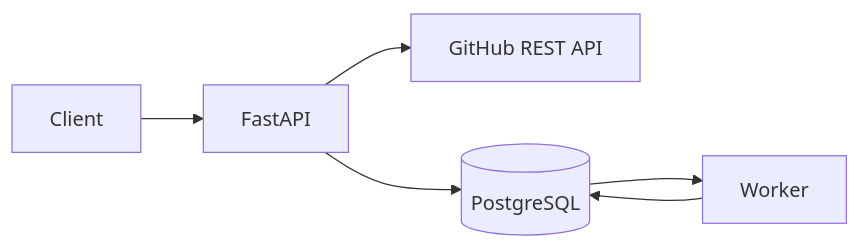
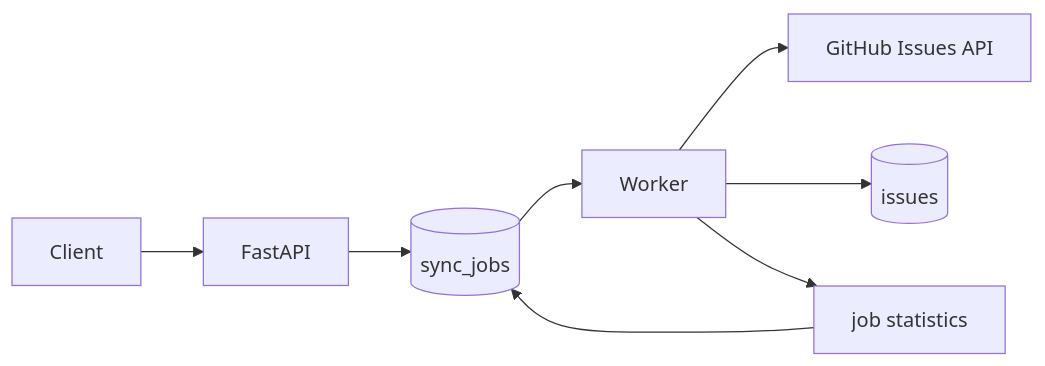
The diagram in README.md (lukaszj321/github-data-sync-service), drawn with Mermaid before and after one commit. The commit also changed other lines of this file and 36 other files, not shown here.

````diff
--- a/README.md
+++ b/README.md
@@ -21,8 +35,10 @@
 ```mermaid
 flowchart LR
-    Client --> API[FastAPI]
-    API --> GitHub[GitHub REST API]
-    API --> DB[(PostgreSQL)]
-    Worker --> DB
-    DB --> Worker
+    Client[Client] --> API[FastAPI]
+    API --> Jobs[(sync_jobs)]
+    Jobs --> Worker[Worker]
+    Worker --> GitHub[GitHub Issues API]
+    Worker --> Issues[(issues)]
+    Worker --> Stats[job statistics]
+    Stats --> Jobs
 ```
````
